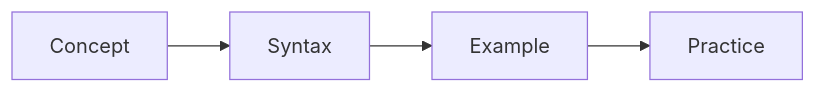
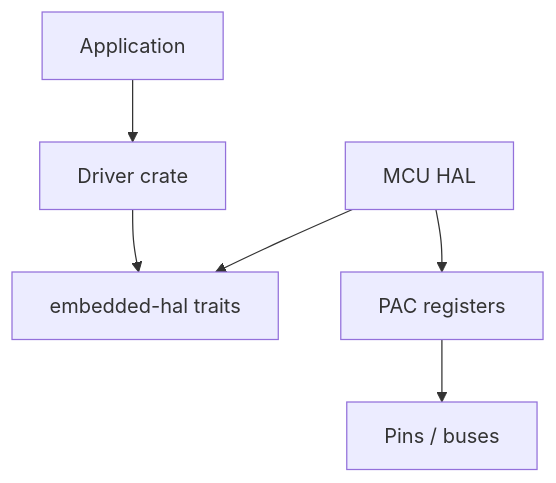
One commit to kanthi/books changed the diagram in books/Rust/content/08-embedded-iot/02-hal-and-peripherals.md. Above: the diagram before and after it, drawn with Mermaid. The commit also changed other lines of this file and 447 other files, not shown here.

````diff
--- a/books/Rust/content/08-embedded-iot/02-hal-and-peripherals.md
+++ b/books/Rust/content/08-embedded-iot/02-hal-and-peripherals.md
@@ -11,6 +25,15 @@
 ```mermaid
-flowchart LR
-    A[Concept] --> B[Syntax]
-    B --> C[Example]
-    C --> D[Practice]
+flowchart TB
+    App[Application]
+    Drv[Driver crate]
+    Ehal[embedded-hal traits]
+    Hal[MCU HAL]
+    Pac[PAC registers]
+    Hw[Pins / buses]
+
+    App --> Drv
+    Drv --> Ehal
+    Hal --> Ehal
+    Hal --> Pac
+    Pac --> Hw
 ```
````
